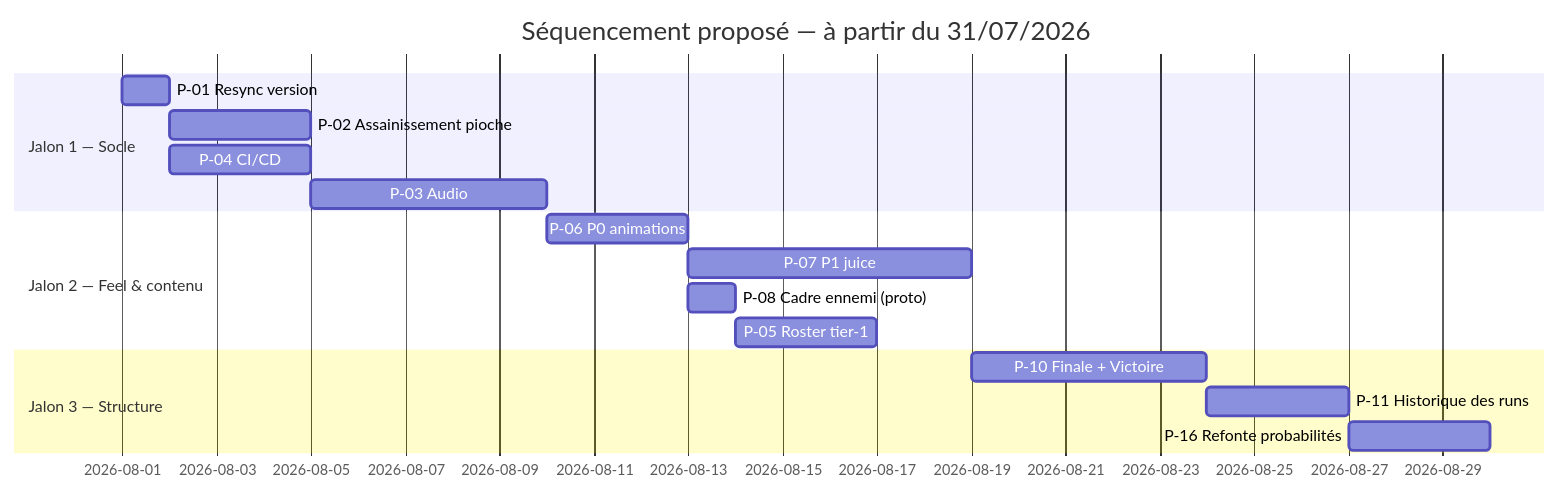
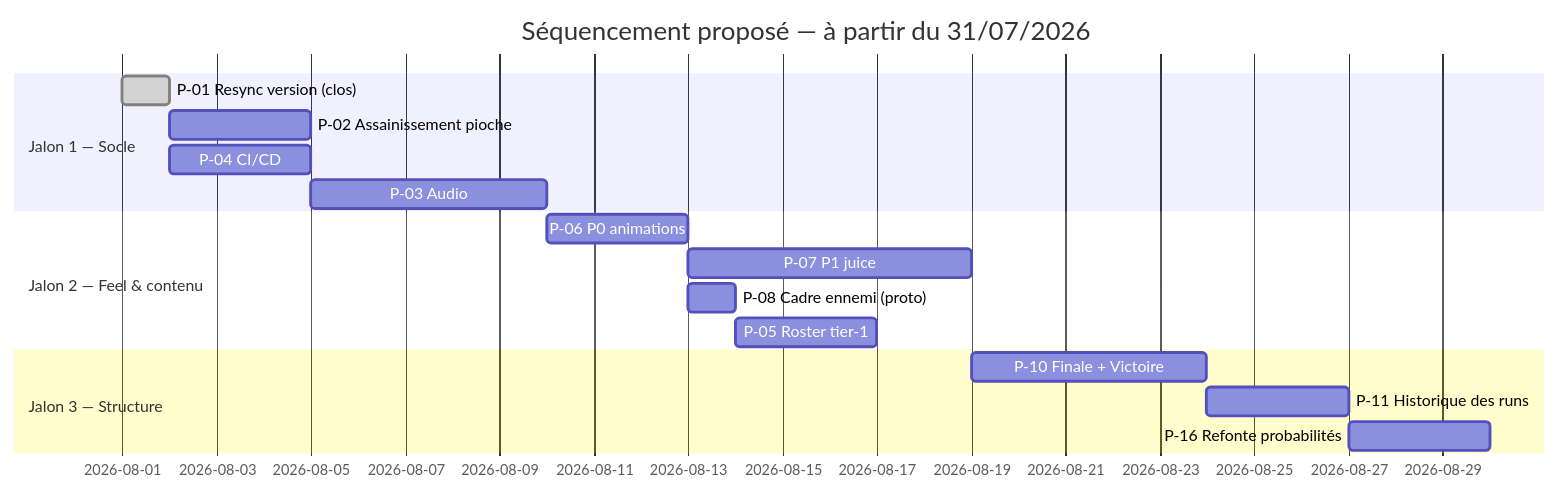
Before and after one commit to Hex-Umbra/hero-s-draft: the third of 3 diagrams in docs/ROADMAP.md, drawn with Mermaid. The commit also changed other lines of this file and 20 other files, not shown here.

````diff
--- a/docs/ROADMAP.md
+++ b/docs/ROADMAP.md
@@ -250,19 +250,19 @@
 ```mermaid
 gantt
     title Séquencement proposé — à partir du 31/07/2026
     dateFormat YYYY-MM-DD
     section Jalon 1 — Socle
-    P-01 Resync version           :j1a, 2026-08-01, 1d
+    P-01 Resync version (clos)    :done, j1a, 2026-08-01, 1d
     P-02 Assainissement pioche    :j1b, after j1a, 3d
     P-04 CI/CD                    :j1c, after j1a, 3d
     P-03 Audio                    :j1d, after j1b, 5d
     section Jalon 2 — Feel & contenu
     P-06 P0 animations            :j2a, after j1d, 3d
     P-07 P1 juice                 :j2b, after j2a, 6d
     P-08 Cadre ennemi (proto)     :j2c, after j2a, 1d
     P-05 Roster tier-1            :j2d, after j2c, 3d
     section Jalon 3 — Structure
     P-10 Finale + Victoire        :j3a, after j2b, 5d
     P-11 Historique des runs      :j3b, after j3a, 3d
     P-16 Refonte probabilités     :j3c, after j3b, 3d
 ```
````
